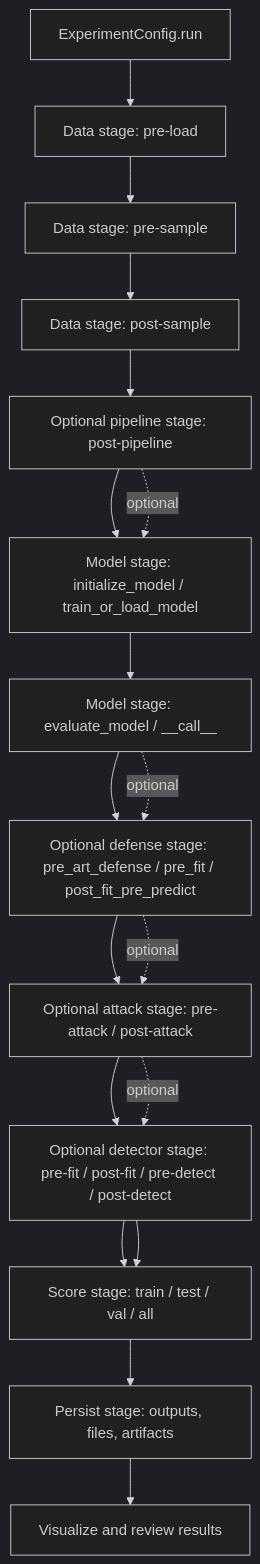
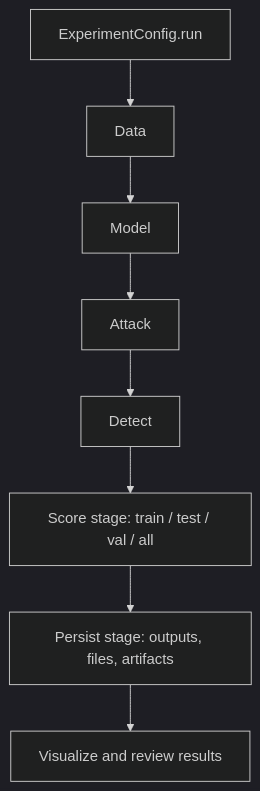
One commit to simplymathematics/deckard changed the first of 18 diagrams in docs/overview/flowcharts.md. Above: the diagram before and after it, drawn with Mermaid (dark theme). The commit also changed other lines of this file and 28 other files, not shown here.

````diff
--- a/docs/overview/flowcharts.md
+++ b/docs/overview/flowcharts.md
@@ -21,32 +21,14 @@
 ```mermaid
 flowchart TD
   A[ExperimentConfig.run]:::experiment
-  B[Data stage: pre-load]:::data
-  C[Data stage: pre-sample]:::data
-  D[Data stage: post-sample]:::data
-  E[Optional pipeline stage: post-pipeline]:::data
-  F[Model stage: initialize_model / train_or_load_model]:::model
-  G[Model stage: evaluate_model / __call__]:::model
-  H[Optional defense stage: pre_art_defense / pre_fit / post_fit_pre_predict]:::model
-  I[Optional attack stage: pre-attack / post-attack]:::attack
-  J[Optional detector stage: pre-fit / post-fit / pre-detect / post-detect]:::detector
-  K[Score stage: train / test / val / all]:::scores
-  L[Persist stage: outputs, files, artifacts]:::files
-  M[Visualize and review results]:::experiment
+  B[Data]:::data
+  C[Model]:::model
+  D[Attack]:::attack
+  E[Detect]:::detector
+  F[Score stage: train / test / val / all]:::scores
+  G[Persist stage: outputs, files, artifacts]:::files
+  H[Visualize and review results]:::experiment
 
-  A --> B --> C --> D --> E --> F --> G --> H --> I --> J --> K --> L --> M
-  E -. optional .-> F
-  G -. optional .-> H
-  H -. optional .-> I
-  I -. optional .-> J
-  J --> K
+  A --> B --> C --> D --> E --> F --> G --> H
 
-  class A experiment;
-  class B,C data;
-  class F,G,H model;
-  class I attack;
-  class J detector;
-  class K scores;
-  class L files;
-  class M experiment;
 ```
````
